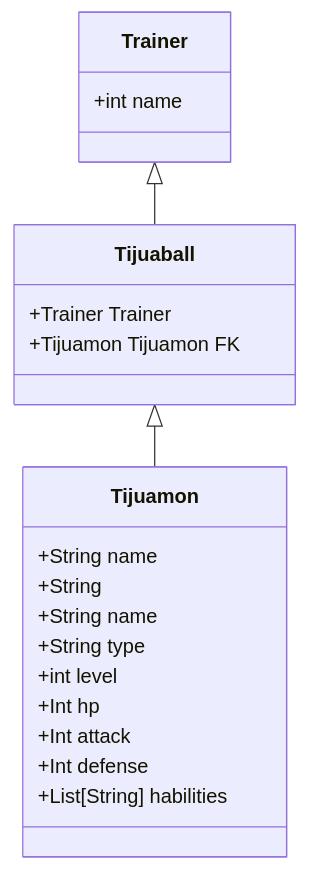
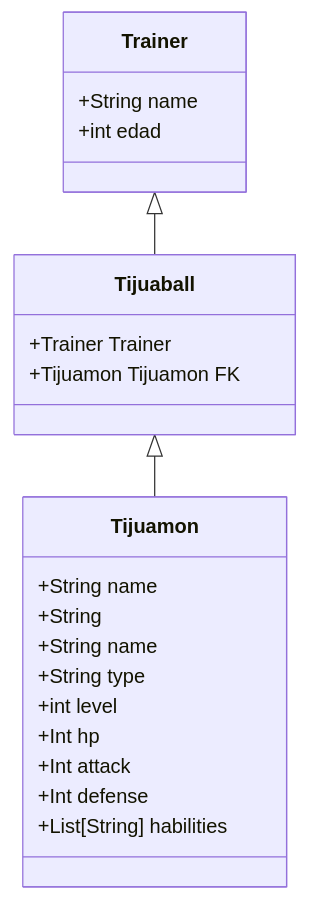
One commit to victorrpt-teacher/tijuamon-api changed the diagram in README.md. Above: the diagram before and after it, drawn with Mermaid.

Commit message:
Fix class diagram

````diff
--- a/README.md
+++ b/README.md
@@ -49,17 +49,19 @@
 ```mermaid
 classDiagram
     Trainer <|-- Tijuaball
     Tijuaball <|-- Tijuamon
-    Trainer : +int name
+    Trainer : +String name
+    Trainer : +int edad
     Tijuaball : +Trainer Trainer
     Tijuaball : +Tijuamon Tijuamon FK
     Tijuamon : +String name
     Tijuamon: +String 
     Tijuamon:  +String name
     Tijuamon:  +String type
     Tijuamon : +int level
     Tijuamon : +Int hp
     Tijuamon : +Int attack
     Tijuamon : +Int defense
     Tijuamon : +List[String] habilities
+    
 ```
````
